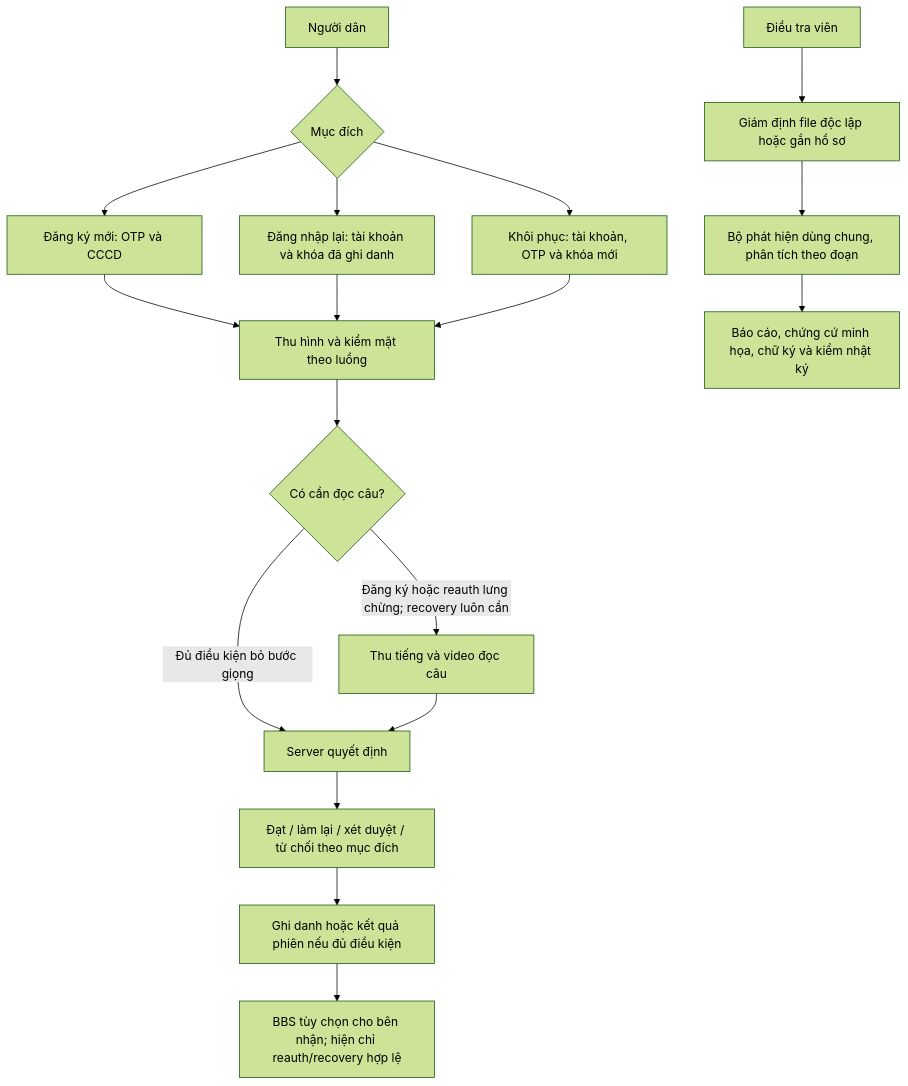
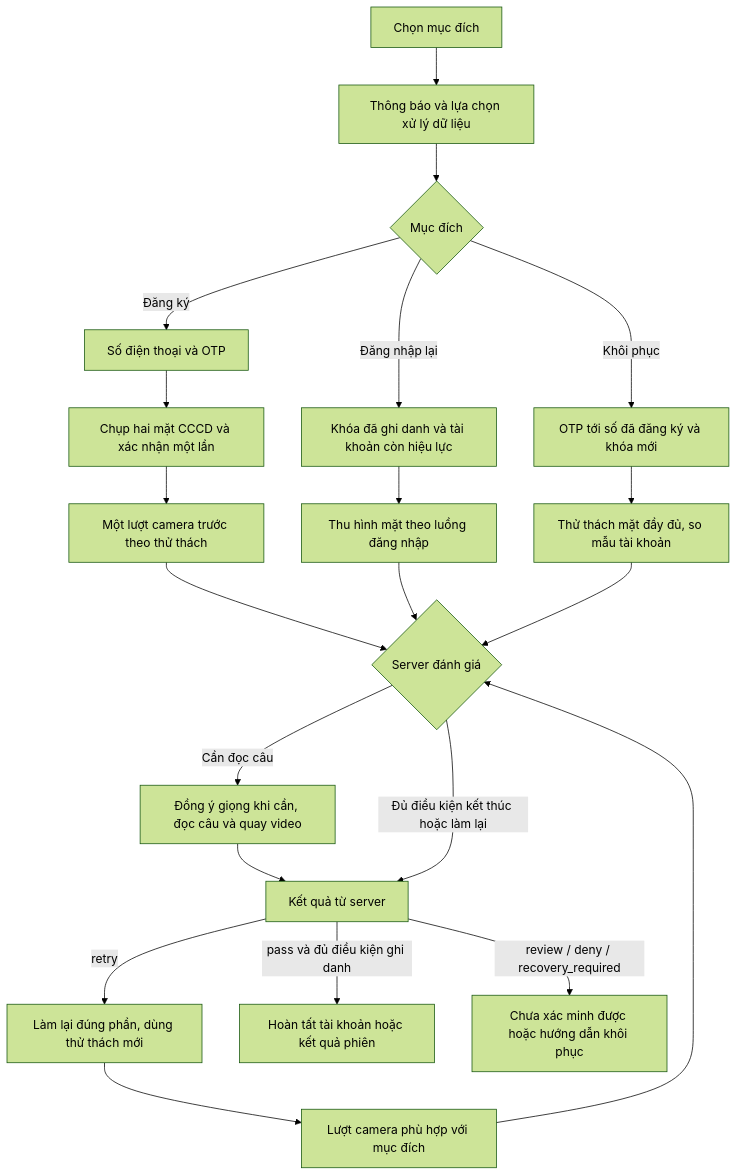
Before and after one commit to AIVIETNAM-AIO-QP09/vericlue: the diagram in docs/architecture/project-workflow.md, drawn with Mermaid (forest theme). The commit also changed other lines of this file and 6 other files, not shown here.

Commit message:
docs(flow): align mobile workflows and privacy integration handoff [FLOW-06]

````diff
--- a/docs/architecture/project-workflow.md
+++ b/docs/architecture/project-workflow.md
@@ -17,20 +14,23 @@
 ```mermaid
 flowchart TD
-    U[Người dân] --> P{Mục đích}
-    P --> O[Đăng ký mới: OTP và CCCD]
-    P --> R[Đăng nhập lại: tài khoản và khóa đã ghi danh]
-    P --> C[Khôi phục: tài khoản, OTP và khóa mới]
-    O --> F[Thu hình và kiểm mặt theo luồng]
-    R --> F
-    C --> F
-    F --> V{Có cần đọc câu?}
-    V -->|Đăng ký hoặc reauth lưng chừng; recovery luôn cần| A[Thu tiếng và video đọc câu]
-    V -->|Đủ điều kiện bỏ bước giọng| D[Server quyết định]
-    A --> D
-    D --> X[Đạt / làm lại / xét duyệt / từ chối theo mục đích]
-    X --> E[Ghi danh hoặc kết quả phiên nếu đủ điều kiện]
-    E --> B[BBS tùy chọn cho bên nhận; hiện chỉ reauth/recovery hợp lệ]
-    I[Điều tra viên] --> J[Giám định file độc lập hoặc gắn hồ sơ]
-    J --> M[Bộ phát hiện dùng chung, phân tích theo đoạn]
-    M --> Q[Báo cáo, chứng cứ minh họa, chữ ký và kiểm nhật ký]
+    Start[Chọn mục đích] --> Consent[Thông báo và lựa chọn xử lý dữ liệu]
+    Consent --> Purpose{Mục đích}
+    Purpose -->|Đăng ký| Phone[Số điện thoại và OTP]
+    Phone --> Card[Chụp hai mặt CCCD và xác nhận một lần]
+    Card --> Face[Một lượt camera trước theo thử thách]
+    Purpose -->|Đăng nhập lại| Key[Khóa đã ghi danh và tài khoản còn hiệu lực]
+    Key --> Passive[Thu hình mặt theo luồng đăng nhập]
+    Purpose -->|Khôi phục| Recovery[OTP tới số đã đăng ký và khóa mới]
+    Recovery --> RecoveryFace[Thử thách mặt đầy đủ, so mẫu tài khoản]
+    Face --> Judge{Server đánh giá}
+    Passive --> Judge
+    RecoveryFace --> Judge
+    Judge -->|Cần đọc câu| Voice[Đồng ý giọng khi cần, đọc câu và quay video]
+    Voice --> Result[Kết quả từ server]
+    Judge -->|Đủ điều kiện kết thúc hoặc làm lại| Result
+    Result -->|retry| Retry[Làm lại đúng phần, dùng thử thách mới]
+    Retry --> Capture[Lượt camera phù hợp với mục đích]
+    Capture --> Judge
+    Result -->|pass và đủ điều kiện ghi danh| Account[Hoàn tất tài khoản hoặc kết quả phiên]
+    Result -->|review / deny / recovery_required| Stop[Chưa xác minh được hoặc hướng dẫn khôi phục]
 ```
````
